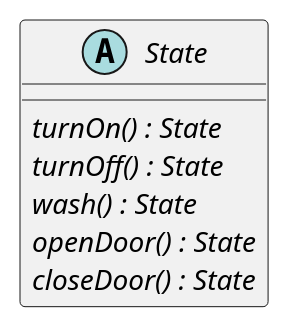
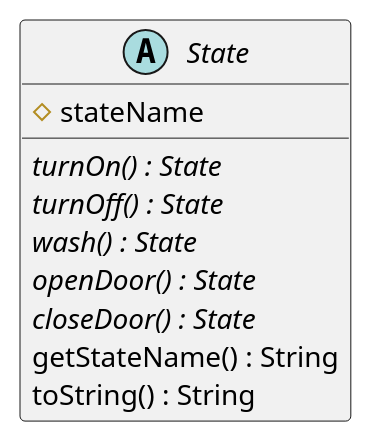
One commit to familyboateaf4v/doubleSlashde9 changed the second of 2 diagrams in doc/plantuml/state.puml. Above: the diagram before and after it, drawn with PlantUML. The commit also changed 1 other file, not shown here.

Commit message:
UML: Updated state class diagram.

```diff
--- a/doc/plantuml/state.puml
+++ b/doc/plantuml/state.puml
@@ -13,11 +13,14 @@
 @startuml
 
 abstract class State {
+    #stateName
     {abstract} turnOn() : State
     {abstract} turnOff() : State
     {abstract} wash() : State
     {abstract} openDoor() : State
     {abstract} closeDoor() : State
+    getStateName() : String
+    toString() : String
 }
 
 @enduml
```
